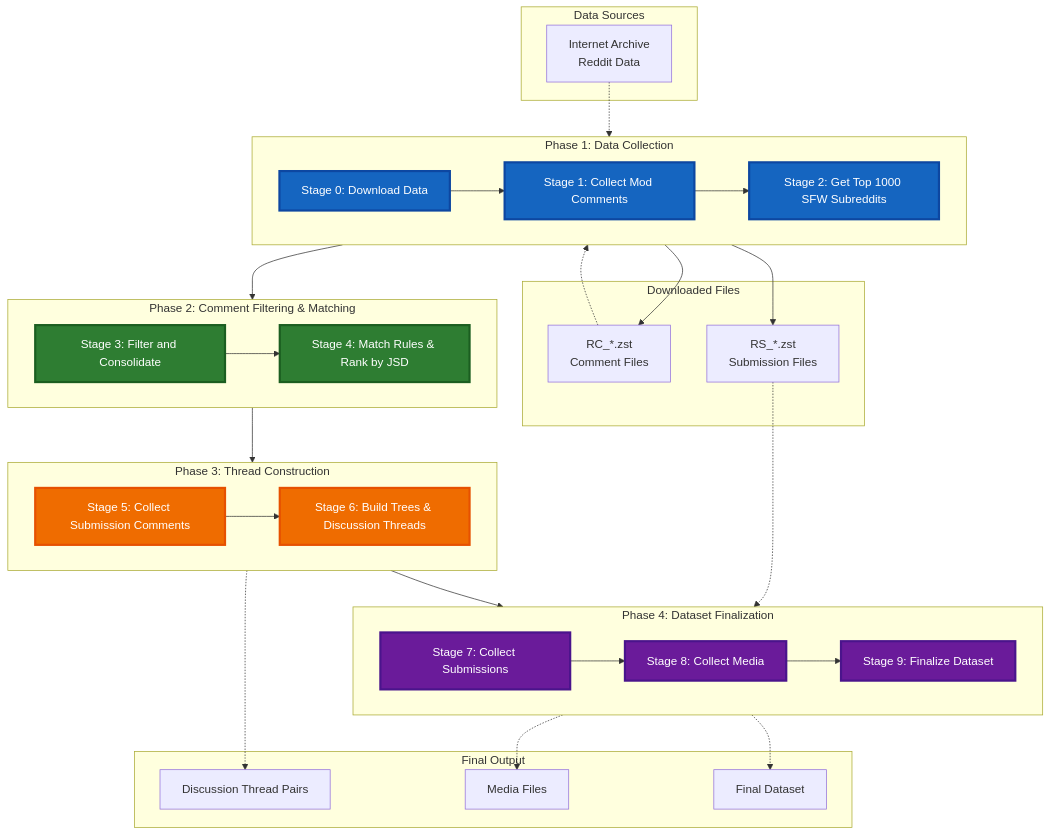
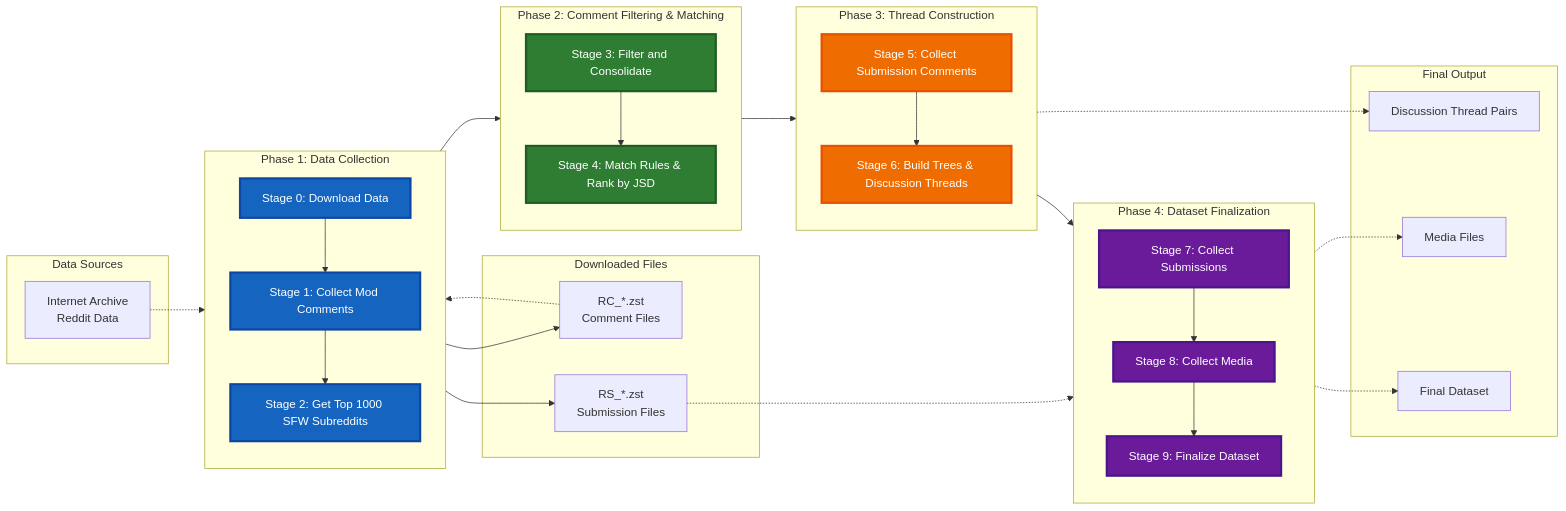
The diagram in README.md (Zoher15/PluRule), drawn with Mermaid before and after one commit.

Commit message:
Make pipeline diagram horizontal and fix phase header wrapping
- Change flowchart from TD to LR for horizontal layout
- Add non-breaking spaces to all phase headers to prevent text wrapping
- Improve diagram readability with better spacing

````diff
--- a/README.md
+++ b/README.md
@@ -23,66 +23,66 @@
 ```mermaid
-flowchart TD
-    subgraph P1 ["Phase 1: Data Collection"]
-        direction LR
+flowchart LR
+    subgraph P1 ["Phase&nbsp;1:&nbsp;Data&nbsp;Collection"]
+        direction TB
         A[Stage 0: Download Data]:::phase1
         B[Stage 1: Collect Mod Comments]:::phase1
         C[Stage 2: Get Top 1000 SFW Subreddits]:::phase1
         A --> B --> C
     end
 
-    subgraph P2 ["Phase 2: Comment Filtering & Matching"]
-        direction LR
+    subgraph P2 ["Phase&nbsp;2:&nbsp;Comment&nbsp;Filtering&nbsp;&&nbsp;Matching"]
+        direction TB
         D[Stage 3: Filter and Consolidate]:::phase2
         E[Stage 4: Match Rules & Rank by JSD]:::phase2
         D --> E
     end
 
-    subgraph P3 ["Phase 3: Thread Construction"]
-        direction LR
+    subgraph P3 ["Phase&nbsp;3:&nbsp;Thread&nbsp;Construction"]
+        direction TB
         F[Stage 5: Collect Submission Comments]:::phase3
         G[Stage 6: Build Trees & Discussion Threads]:::phase3
         F --> G
     end
 
-    subgraph P4 ["Phase 4: Dataset Finalization"]
-        direction LR
+    subgraph P4 ["Phase&nbsp;4:&nbsp;Dataset&nbsp;Finalization"]
+        direction TB
         H[Stage 7: Collect Submissions]:::phase4
         I[Stage 8: Collect Media]:::phase4
         J[Stage 9: Finalize Dataset]:::phase4
         H --> I --> J
     end
 
     C --> D
     E --> F
     G --> H
 
     subgraph Sources ["Data Sources"]
         K[Internet Archive<br/>Reddit Data]
     end
 
     subgraph Files ["Downloaded Files"]
         L[RC_*.zst<br/>Comment Files]
         M[RS_*.zst<br/>Submission Files]
     end
 
     subgraph Output ["Final Output"]
         N[Discussion Thread Pairs]
         O[Media Files]
         P[Final Dataset]
     end
 
     K -.-> A
     A --> L
     A --> M
     L -.-> B
     M -.-> H
     G -.-> N
     I -.-> O
     J -.-> P
 
     classDef phase1 fill:#1565c0,stroke:#0d47a1,stroke-width:3px,color:#ffffff,font-size:16px
     classDef phase2 fill:#2e7d32,stroke:#1b5e20,stroke-width:3px,color:#ffffff,font-size:16px
     classDef phase3 fill:#ef6c00,stroke:#e65100,stroke-width:3px,color:#ffffff,font-size:16px
     classDef phase4 fill:#6a1b9a,stroke:#4a148c,stroke-width:3px,color:#ffffff,font-size:16px
     classDef default font-size:16px
 ```
````
